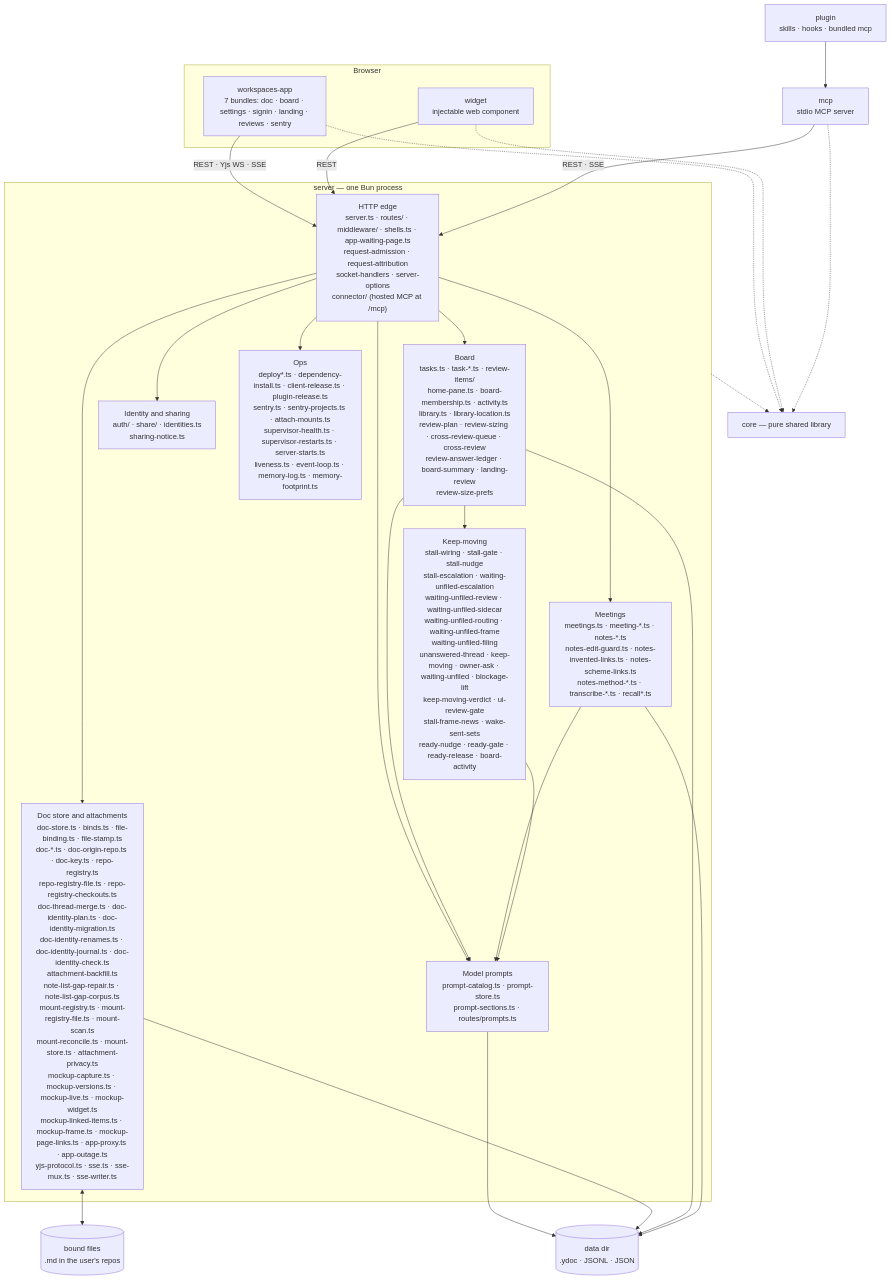
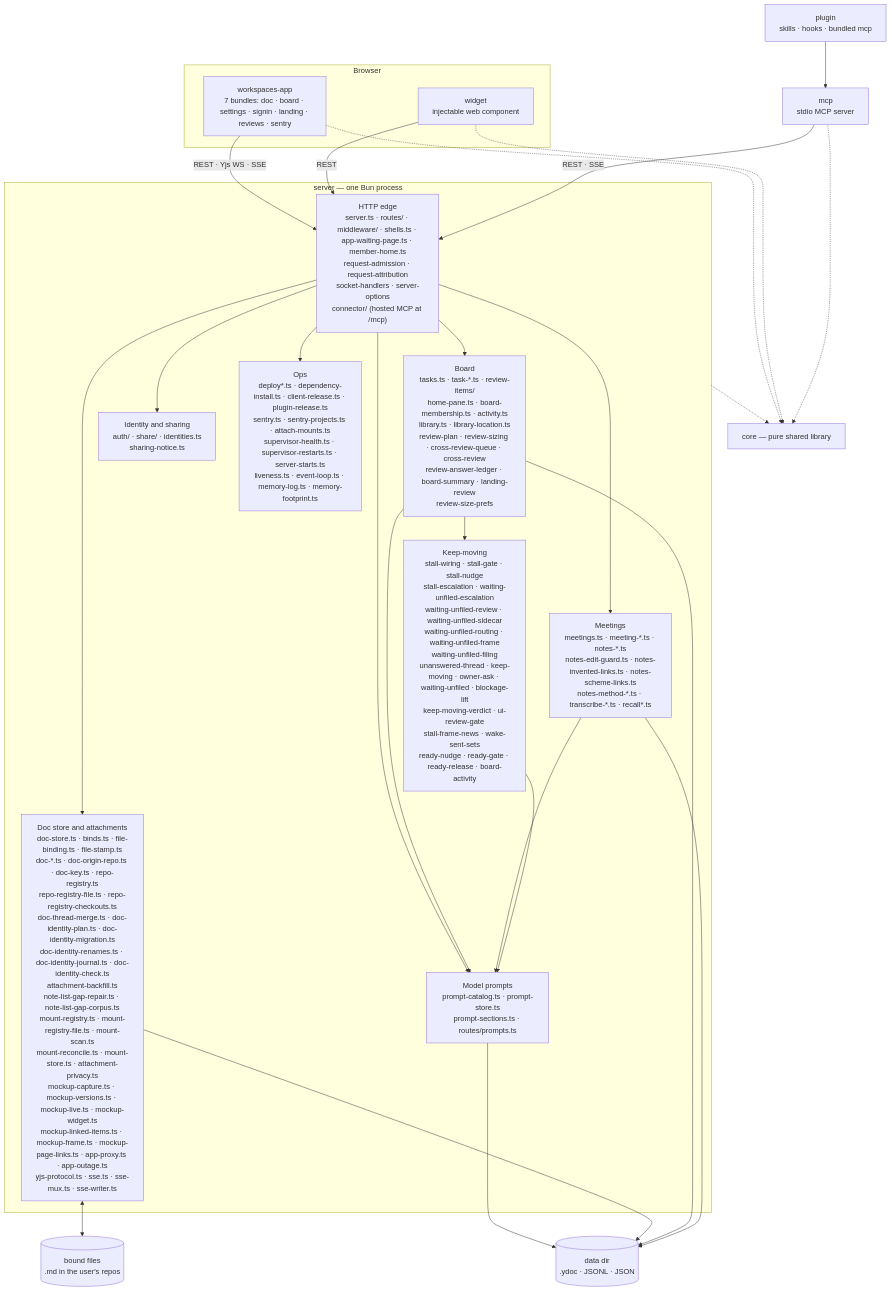
The first of 2 diagrams in docs/architecture/overview.md (fryanpan/claude-workspace-plugin), drawn with Mermaid before and after one commit. The commit also changed other lines of this file and 14 other files, not shown here.

````diff
--- a/docs/architecture/overview.md
+++ b/docs/architecture/overview.md
@@ -45,35 +45,35 @@
 ```mermaid
 flowchart TB
   subgraph browser[Browser]
     app["workspaces-app<br/>7 bundles: doc · board · settings · signin · landing · reviews · sentry"]
     wid["widget<br/>injectable web component"]
   end
   plug["plugin<br/>skills · hooks · bundled mcp"]
   mcp["mcp<br/>stdio MCP server"]
   subgraph srv["server — one Bun process"]
-    edge["HTTP edge<br/>server.ts · routes/ · middleware/ · shells.ts · app-waiting-page.ts<br/>request-admission · request-attribution<br/>socket-handlers · server-options<br/>connector/ (hosted MCP at /mcp)"]
+    edge["HTTP edge<br/>server.ts · routes/ · middleware/ · shells.ts · app-waiting-page.ts · member-home.ts<br/>request-admission · request-attribution<br/>socket-handlers · server-options<br/>connector/ (hosted MCP at /mcp)"]
     docs["Doc store and attachments<br/>doc-store.ts · binds.ts · file-binding.ts · file-stamp.ts<br/>doc-*.ts · doc-origin-repo.ts · doc-key.ts · repo-registry.ts<br/>repo-registry-file.ts · repo-registry-checkouts.ts<br/>doc-thread-merge.ts · doc-identity-plan.ts · doc-identity-migration.ts<br/>doc-identity-renames.ts · doc-identity-journal.ts · doc-identity-check.ts<br/>attachment-backfill.ts<br/>note-list-gap-repair.ts · note-list-gap-corpus.ts<br/>mount-registry.ts · mount-registry-file.ts · mount-scan.ts<br/>mount-reconcile.ts · mount-store.ts · attachment-privacy.ts<br/>mockup-capture.ts · mockup-versions.ts · mockup-live.ts · mockup-widget.ts<br/>mockup-linked-items.ts · mockup-frame.ts · mockup-page-links.ts · app-proxy.ts · app-outage.ts<br/>yjs-protocol.ts · sse.ts · sse-mux.ts · sse-writer.ts"]
     board["Board<br/>tasks.ts · task-*.ts · review-items/<br/>home-pane.ts · board-membership.ts · activity.ts<br/>library.ts · library-location.ts<br/>review-plan · review-sizing · cross-review-queue · cross-review<br/>review-answer-ledger · board-summary · landing-review<br/>review-size-prefs"]
     meet["Meetings<br/>meetings.ts · meeting-*.ts · notes-*.ts<br/>notes-edit-guard.ts · notes-invented-links.ts · notes-scheme-links.ts<br/>notes-method-*.ts · transcribe-*.ts · recall*.ts"]
     keep["Keep-moving<br/>stall-wiring · stall-gate · stall-nudge<br/>stall-escalation · waiting-unfiled-escalation<br/>waiting-unfiled-review · waiting-unfiled-sidecar<br/>waiting-unfiled-routing · waiting-unfiled-frame<br/>waiting-unfiled-filing<br/>unanswered-thread · keep-moving · owner-ask · waiting-unfiled · blockage-lift<br/>keep-moving-verdict · ui-review-gate<br/>stall-frame-news · wake-sent-sets<br/>ready-nudge · ready-gate · ready-release · board-activity"]
     ident["Identity and sharing<br/>auth/ · share/ · identities.ts<br/>sharing-notice.ts"]
     prompts["Model prompts<br/>prompt-catalog.ts · prompt-store.ts<br/>prompt-sections.ts · routes/prompts.ts"]
     ops["Ops<br/>deploy*.ts · dependency-install.ts · client-release.ts · plugin-release.ts<br/>sentry.ts · sentry-projects.ts · attach-mounts.ts<br/>supervisor-health.ts · supervisor-restarts.ts · server-starts.ts<br/>liveness.ts · event-loop.ts · memory-log.ts · memory-footprint.ts"]
   end
   core["core — pure shared library"]
   disk[("data dir<br/>.ydoc · JSONL · JSON")]
   files[("bound files<br/>.md in the user's repos")]
 
   app -->|"REST · Yjs WS · SSE"| edge
   wid -->|REST| edge
   plug --> mcp
   mcp -->|"REST · SSE"| edge
   edge --> docs & board & meet & ident & ops & prompts
   board & meet & keep --> prompts
   prompts --> disk
   board --> keep
   docs <--> files
   docs & board & meet --> disk
   app & wid & mcp -.-> core
   srv -.-> core
 ```
````
